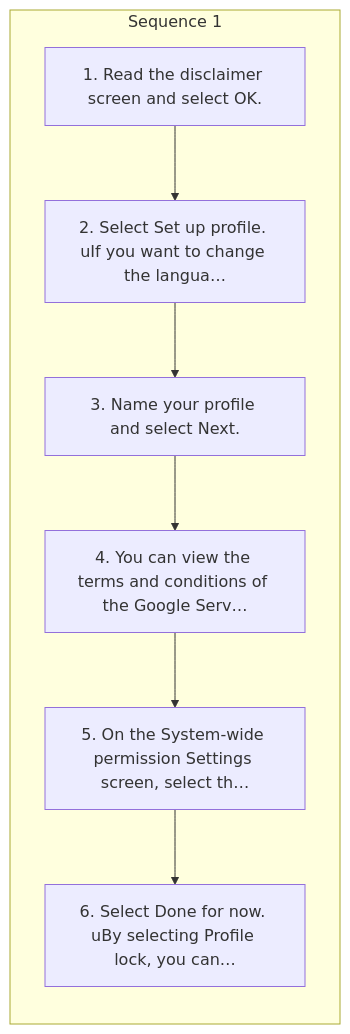
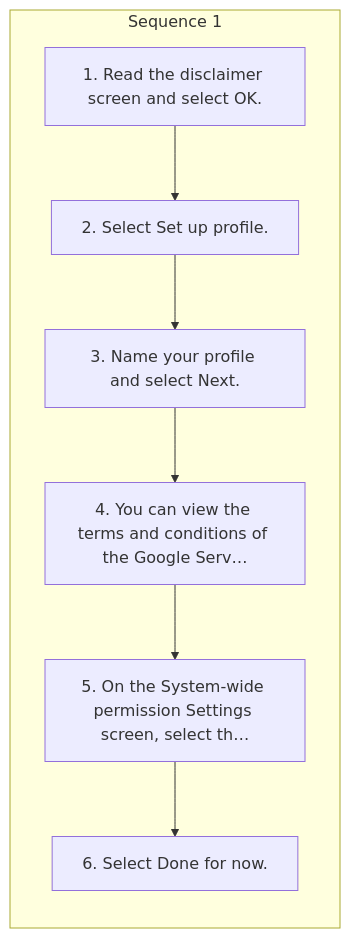
The diagram in workspace/honda/pilot-2026/ivi/published/features/4-start-up.md (Chieko-Y/my-spec-generator), drawn with Mermaid before and after one commit. The commit also changed other lines of this file and 59 other files, not shown here.

````diff
--- a/workspace/honda/pilot-2026/ivi/published/features/4-start-up.md
+++ b/workspace/honda/pilot-2026/ivi/published/features/4-start-up.md
@@ -20,17 +20,17 @@
 ```mermaid
 flowchart TD
     subgraph SEQ1["Sequence 1"]
     direction TB
     S1_1["1. Read the disclaimer screen and select OK."]
-    S1_2["2. Select Set up profile. uIf you want to change the langua…"]
+    S1_2["2. Select Set up profile."]
     S1_3["3. Name your profile and select Next."]
     S1_4["4. You can view the terms and conditions of the Google Serv…"]
     S1_5["5. On the System-wide permission Settings screen, select th…"]
-    S1_6["6. Select Done for now. uBy selecting Profile lock, you can…"]
+    S1_6["6. Select Done for now."]
     S1_1 --> S1_2
     S1_2 --> S1_3
     S1_3 --> S1_4
     S1_4 --> S1_5
     S1_5 --> S1_6
     end
 ```
````
